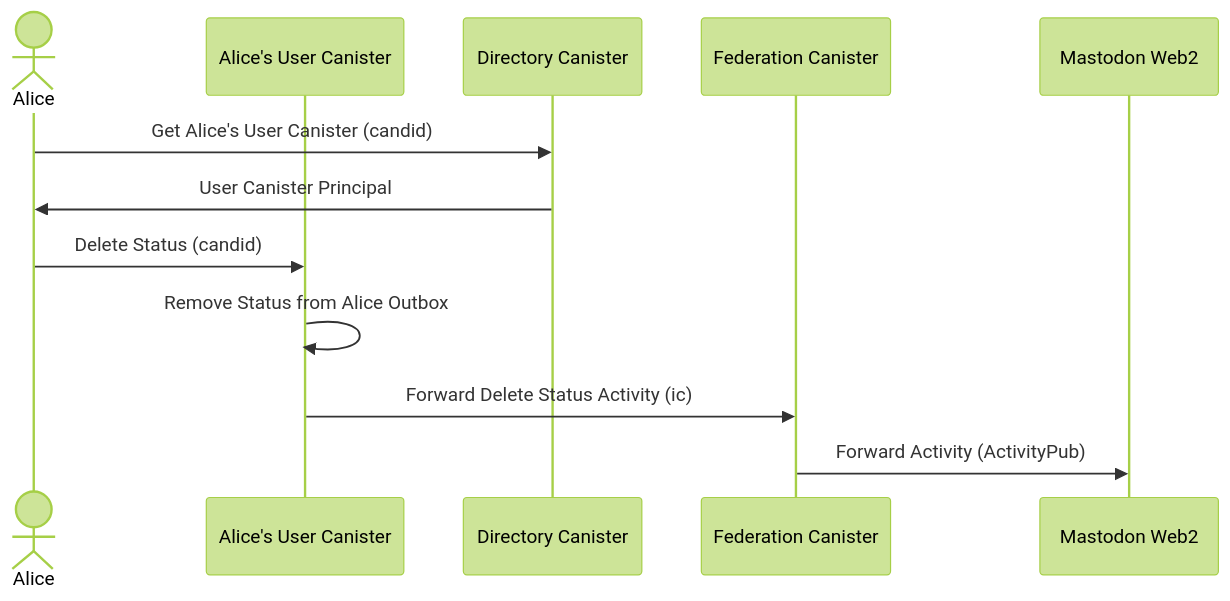
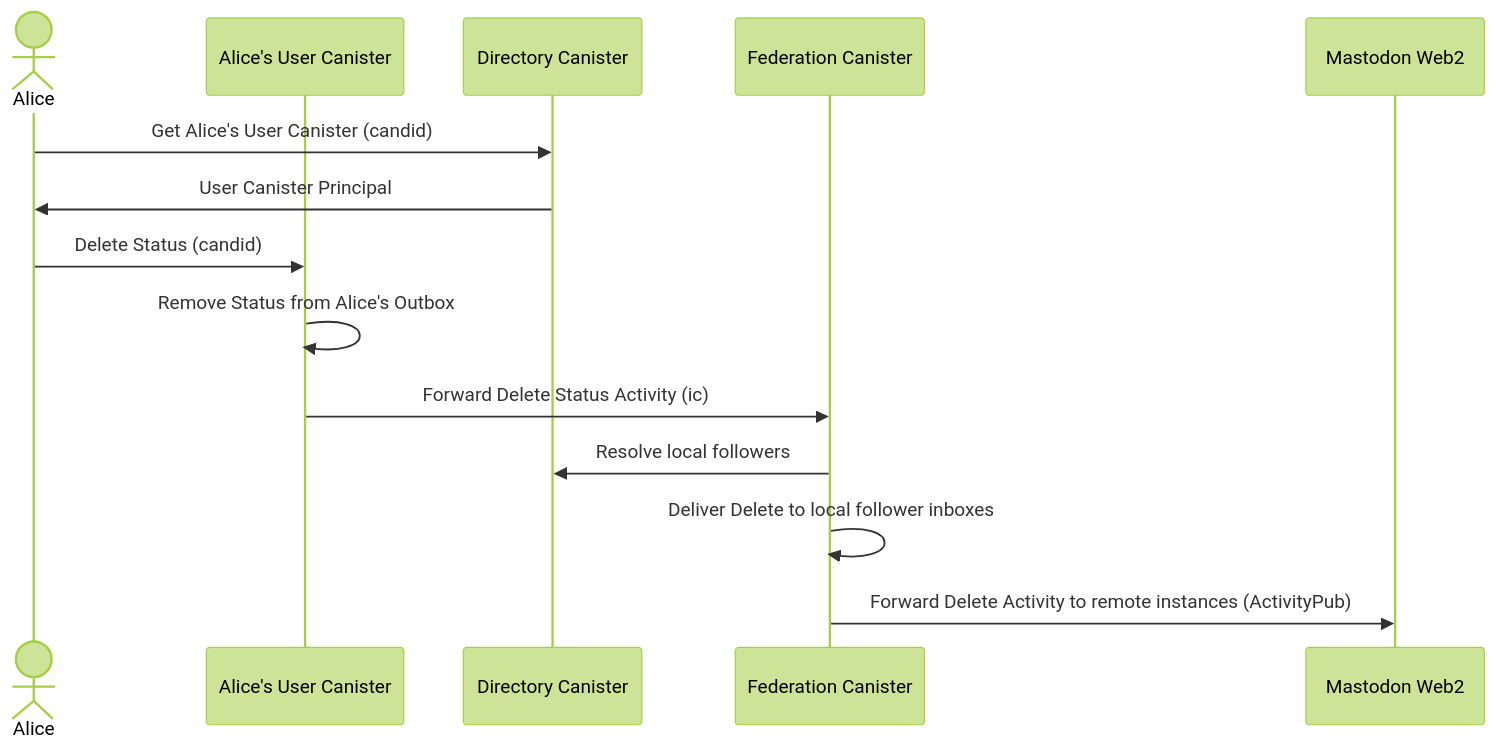
Before and after one commit to veeso/mastic: diagram 13 of 15 in docs/architecture/README.md, drawn with Mermaid (forest theme). The commit also changed other lines of this file and 5 other files, not shown here.

Commit message:
docs: updated documentation of arch and activity pub

````diff
--- a/docs/architecture/README.md
+++ b/docs/architecture/README.md
@@ -193,15 +309,17 @@
 ```mermaid
 sequenceDiagram
     actor A as Alice
     participant UC as Alice's User Canister
     participant DIR as Directory Canister
     participant FED as Federation Canister
     participant M as Mastodon Web2
 
     A->>DIR: Get Alice's User Canister (candid)
     DIR->>A: User Canister Principal
     A->>UC: Delete Status (candid)
-    UC->>UC: Remove Status from Alice Outbox
+    UC->>UC: Remove Status from Alice's Outbox
     UC->>FED: Forward Delete Status Activity (ic)
-    FED->>M: Forward Activity (ActivityPub)
+    FED->>DIR: Resolve local followers
+    FED->>FED: Deliver Delete to local follower inboxes
+    FED->>M: Forward Delete Activity to remote instances (ActivityPub)
 ```
````
